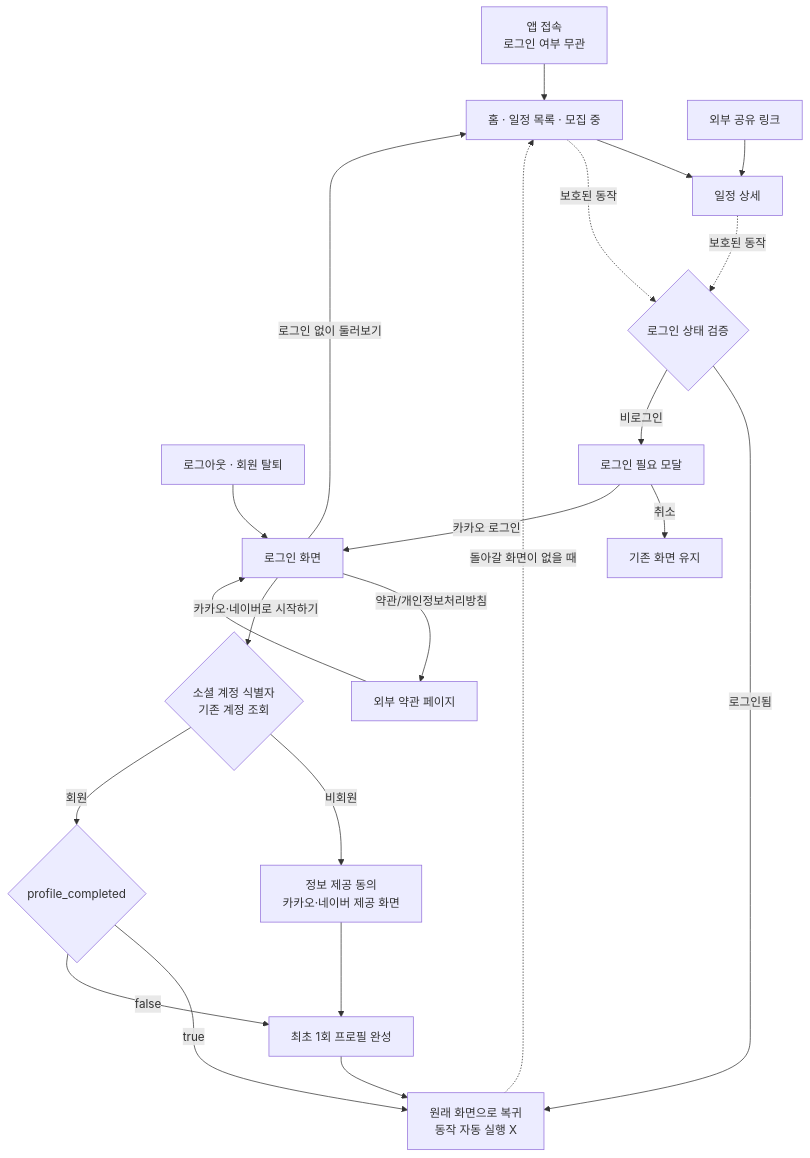
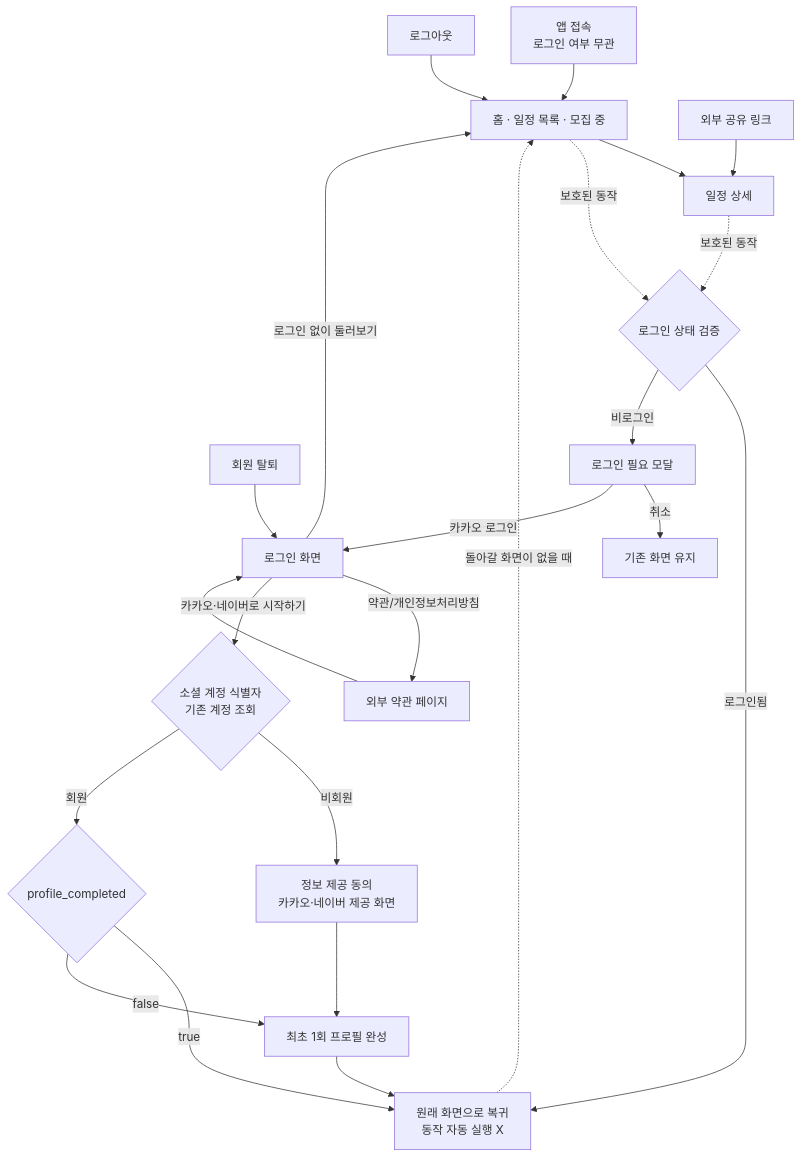
The first of 2 diagrams in docs/USER_FLOW.md (shineunsigan-project/snsg-fr), drawn with Mermaid before and after one commit. The commit also changed other lines of this file and 46 other files, not shown here.

````diff
--- a/docs/USER_FLOW.md
+++ b/docs/USER_FLOW.md
@@ -64,22 +64,23 @@
 ```mermaid
 flowchart TD
     A[앱 접속<br/>로그인 여부 무관] --> H[홈 · 일정 목록 · 모집 중]
-    OUT[로그아웃 · 회원 탈퇴] --> L[로그인 화면]
+    OUT[로그아웃] --> H
+    DEL[회원 탈퇴] --> L[로그인 화면]
     L -->|로그인 없이 둘러보기| H
     L -->|약관/개인정보처리방침| T[외부 약관 페이지] --> L
     L -->|카카오·네이버로 시작하기| K{소셜 계정 식별자<br/>기존 계정 조회}
     K -->|비회원| C[정보 제공 동의<br/>카카오·네이버 제공 화면] --> P[최초 1회 프로필 완성] --> R[원래 화면으로 복귀<br/>동작 자동 실행 X]
     K -->|회원| PC{profile_completed}
     PC -->|true| R
     PC -->|false| P
 
     H --> D[일정 상세]
     EXT[외부 공유 링크] --> D
     H -. 보호된 동작 .-> G{로그인 상태 검증}
     D -. 보호된 동작 .-> G
     G -->|로그인됨| R
     G -->|비로그인| M[로그인 필요 모달]
     M -->|취소| KEEP[기존 화면 유지]
     M -->|카카오 로그인| L
     R -.->|돌아갈 화면이 없을 때| H
 ```
````
